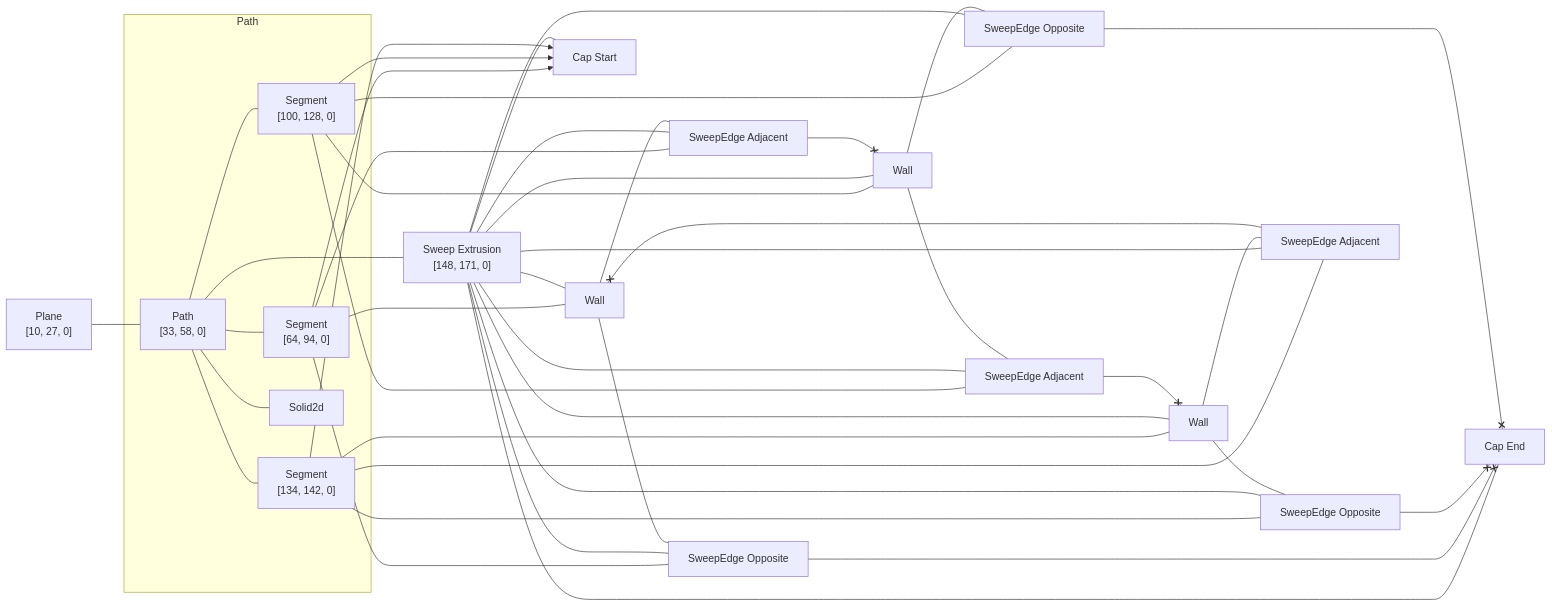
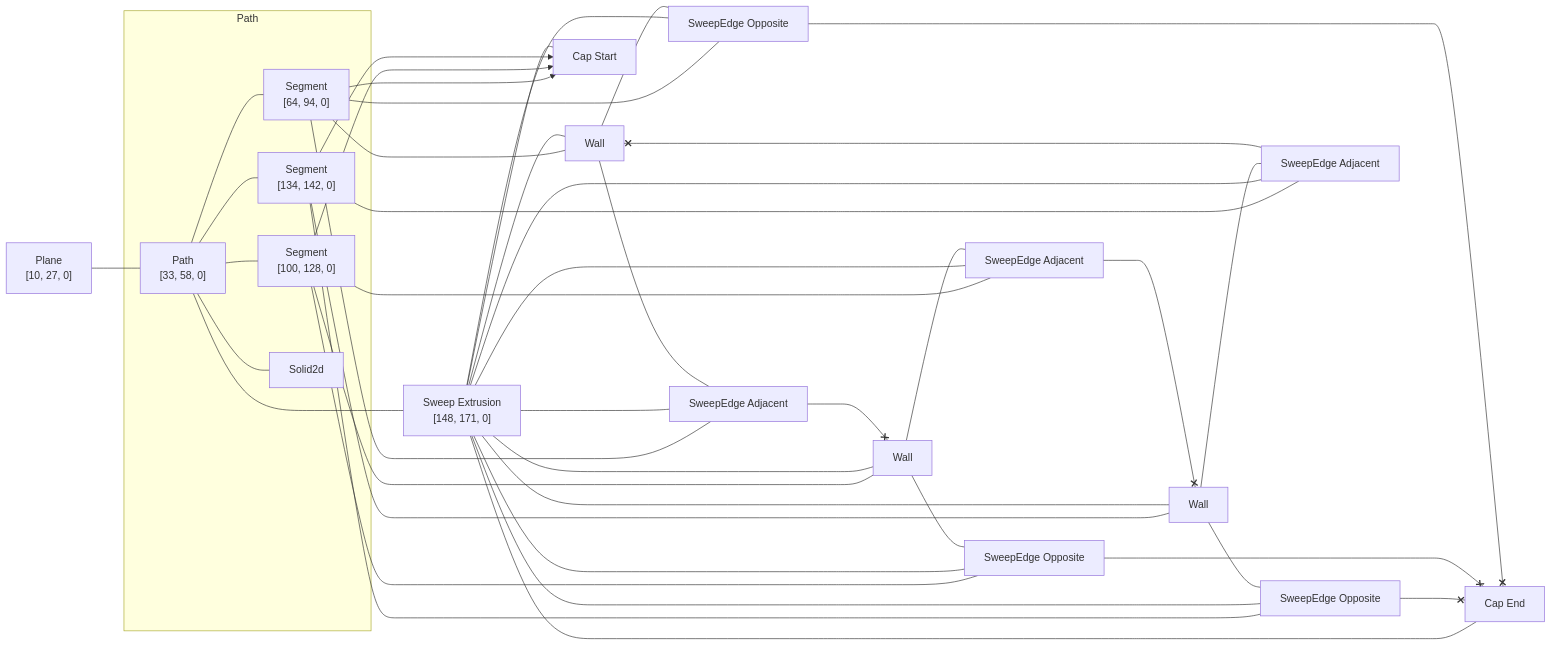
One commit to rajgandhi1/modeling-app changed the diagram in rust/kcl-lib/tests/xz_plane/artifact_graph_flowchart.snap.md. Above: the diagram before and after it, drawn with Mermaid. The commit also changed 101 other files, not shown here.

````diff
--- a/rust/kcl-lib/tests/xz_plane/artifact_graph_flowchart.snap.md
+++ b/rust/kcl-lib/tests/xz_plane/artifact_graph_flowchart.snap.md
@@ -1,64 +1,64 @@
 ```mermaid
 flowchart LR
   subgraph path2 [Path]
     2["Path<br>[33, 58, 0]"]
     3["Segment<br>[64, 94, 0]"]
     4["Segment<br>[100, 128, 0]"]
     5["Segment<br>[134, 142, 0]"]
     6[Solid2d]
   end
   1["Plane<br>[10, 27, 0]"]
   7["Sweep Extrusion<br>[148, 171, 0]"]
   8[Wall]
   9[Wall]
   10[Wall]
   11["Cap Start"]
   12["Cap End"]
   13["SweepEdge Opposite"]
   14["SweepEdge Opposite"]
   15["SweepEdge Opposite"]
   16["SweepEdge Adjacent"]
   17["SweepEdge Adjacent"]
   18["SweepEdge Adjacent"]
   1 --- 2
   2 --- 3
   2 --- 4
   2 --- 5
   2 --- 6
   2 ---- 7
   3 --- 10
   3 x--> 11
-  3 --- 13
-  3 --- 16
+  3 --- 15
+  3 --- 18
   4 --- 9
   4 x--> 11
-  4 --- 15
+  4 --- 14
   4 --- 17
   5 --- 8
   5 x--> 11
-  5 --- 14
-  5 --- 18
+  5 --- 13
+  5 --- 16
   7 --- 8
   7 --- 9
   7 --- 10
   7 --- 11
   7 --- 12
   7 --- 13
   7 --- 14
   7 --- 15
   7 --- 16
   7 --- 17
   7 --- 18
-  8 --- 14
+  8 --- 13
+  8 --- 16
   17 <--x 8
-  8 --- 18
-  9 --- 15
-  16 <--x 9
+  9 --- 14
   9 --- 17
-  10 --- 13
-  10 --- 16
-  18 <--x 10
+  18 <--x 9
+  10 --- 15
+  16 <--x 10
+  10 --- 18
   13 <--x 12
   14 <--x 12
   15 <--x 12
 ```
````
